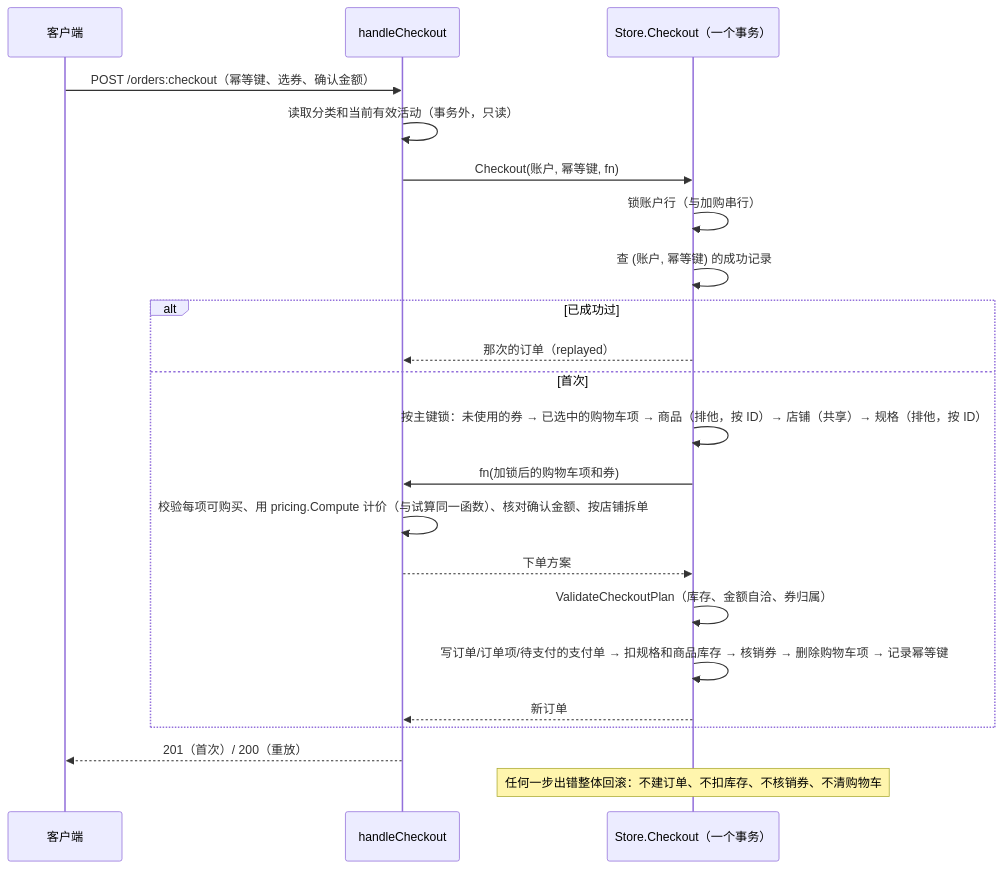
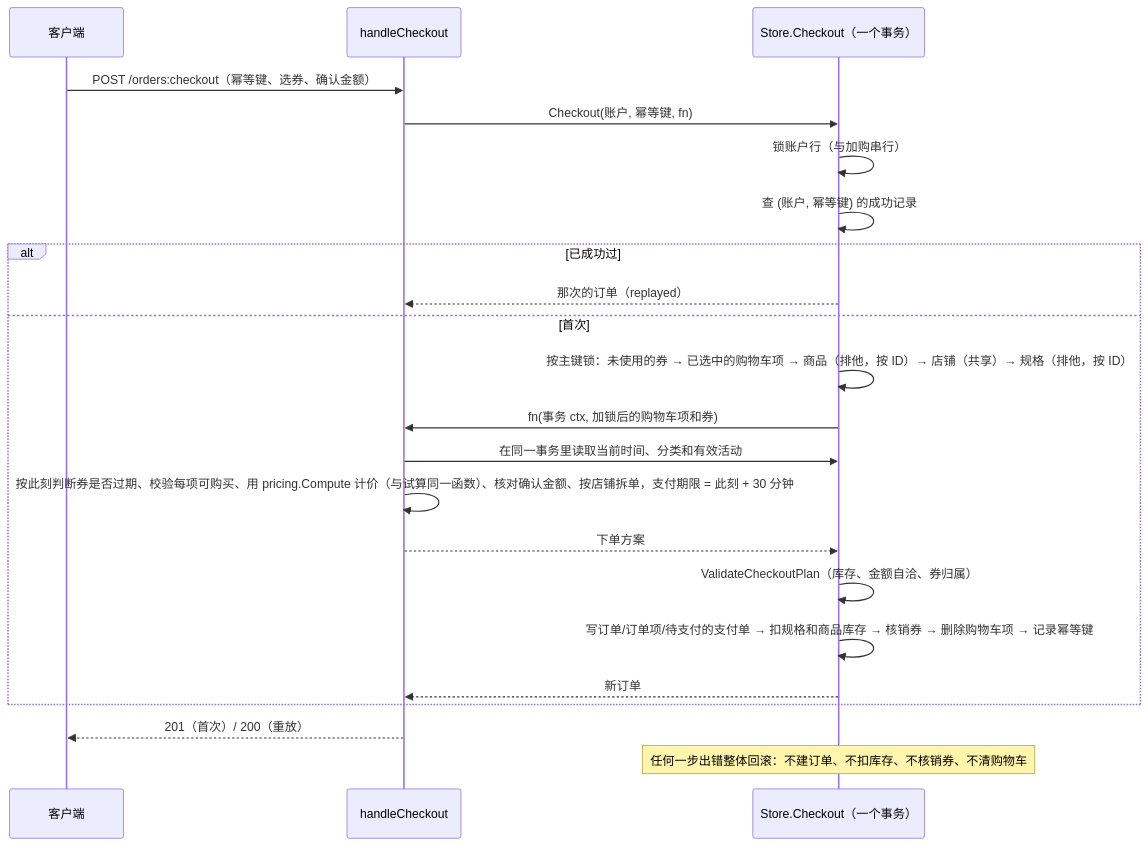
The diagram in backend/README.md (evelyn-kk/blink-shop), drawn with Mermaid before and after one commit. The commit also changed other lines of this file and 8 other files, not shown here.

````diff
--- a/backend/README.md
+++ b/backend/README.md
@@ -232,24 +232,24 @@
 ```mermaid
 sequenceDiagram
     participant C as 客户端
     participant H as handleCheckout
     participant S as Store.Checkout（一个事务）
     C->>H: POST /orders:checkout（幂等键、选券、确认金额）
-    H->>H: 读取分类和当前有效活动（事务外，只读）
     H->>S: Checkout(账户, 幂等键, fn)
     S->>S: 锁账户行（与加购串行）
     S->>S: 查 (账户, 幂等键) 的成功记录
     alt 已成功过
         S-->>H: 那次的订单（replayed）
     else 首次
         S->>S: 按主键锁：未使用的券 → 已选中的购物车项 → 商品（排他，按 ID）→ 店铺（共享）→ 规格（排他，按 ID）
-        S->>H: fn(加锁后的购物车项和券)
-        H->>H: 校验每项可购买、用 pricing.Compute 计价（与试算同一函数）、核对确认金额、按店铺拆单
+        S->>H: fn(事务 ctx, 加锁后的购物车项和券)
+        H->>S: 在同一事务里读取当前时间、分类和有效活动
+        H->>H: 按此刻判断券是否过期、校验每项可购买、用 pricing.Compute 计价（与试算同一函数）、核对确认金额、按店铺拆单，支付期限 = 此刻 + 30 分钟
         H-->>S: 下单方案
         S->>S: ValidateCheckoutPlan（库存、金额自洽、券归属）
         S->>S: 写订单/订单项/待支付的支付单 → 扣规格和商品库存 → 核销券 → 删除购物车项 → 记录幂等键
         S-->>H: 新订单
     end
     H-->>C: 201（首次）/ 200（重放）
     Note over S: 任何一步出错整体回滚：不建订单、不扣库存、不核销券、不清购物车
 ```
````
